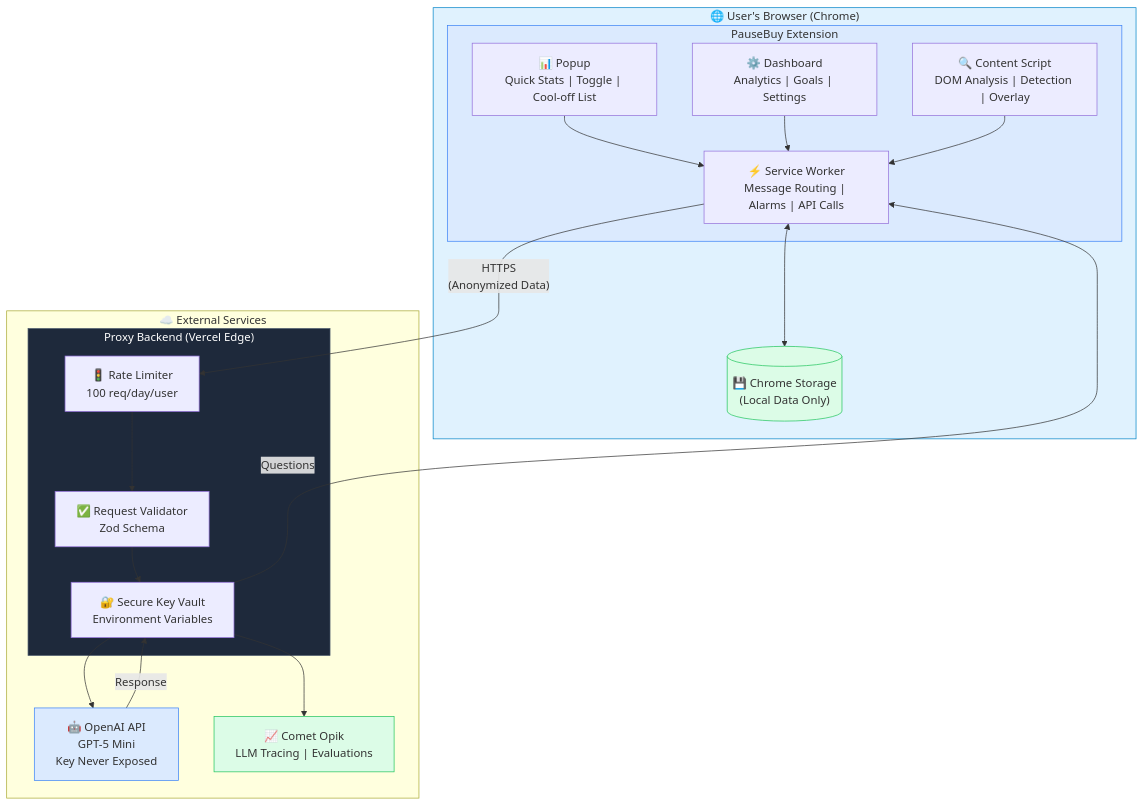
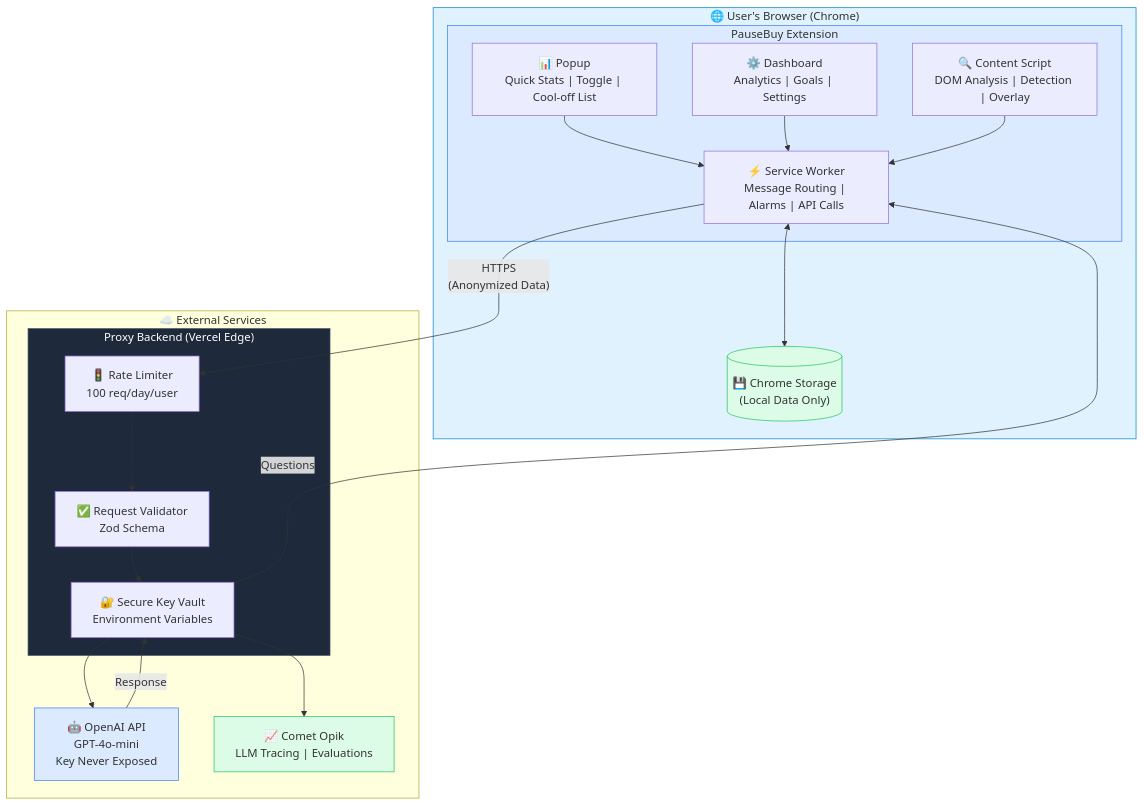
Before and after one commit to cnu/PauseBuy: the first of 12 diagrams in docs/PauseBuy_Technical_Architecture.md, drawn with Mermaid. The commit also changed other lines of this file and 3 other files, not shown here.

First line of the commit message:
chore: switch from GPT-5-mini to GPT-4o-mini

````diff
--- a/docs/PauseBuy_Technical_Architecture.md
+++ b/docs/PauseBuy_Technical_Architecture.md
@@ -62,46 +62,46 @@
 ```mermaid
 flowchart TB
     subgraph Browser["🌐 User's Browser (Chrome)"]
         subgraph Extension["PauseBuy Extension"]
             Popup["📊 Popup<br/>Quick Stats | Toggle | Cool-off List"]
             Dashboard["⚙️ Dashboard<br/>Analytics | Goals | Settings"]
             ContentScript["🔍 Content Script<br/>DOM Analysis | Detection | Overlay"]
             ServiceWorker["⚡ Service Worker<br/>Message Routing | Alarms | API Calls"]
             
             Popup --> ServiceWorker
             Dashboard --> ServiceWorker
             ContentScript --> ServiceWorker
         end
         
         ChromeStorage[("💾 Chrome Storage<br/>(Local Data Only)")]
         ServiceWorker <--> ChromeStorage
     end
     
     subgraph Cloud["☁️ External Services"]
         subgraph Proxy["Proxy Backend (Vercel Edge)"]
             RateLimiter["🚦 Rate Limiter<br/>100 req/day/user"]
             Validator["✅ Request Validator<br/>Zod Schema"]
             KeyVault["🔐 Secure Key Vault<br/>Environment Variables"]
             
             RateLimiter --> Validator
             Validator --> KeyVault
         end
         
-        OpenAI["🤖 OpenAI API<br/>GPT-5 Mini<br/>Key Never Exposed"]
+        OpenAI["🤖 OpenAI API<br/>GPT-4o-mini<br/>Key Never Exposed"]
         Opik["📈 Comet Opik<br/>LLM Tracing | Evaluations"]
         
         KeyVault --> OpenAI
         KeyVault --> Opik
     end
     
     ServiceWorker -->|"HTTPS<br/>(Anonymized Data)"| RateLimiter
     OpenAI -->|Response| KeyVault
     KeyVault -->|Questions| ServiceWorker
 
     style Browser fill:#e0f2fe,stroke:#0284c7
     style Extension fill:#dbeafe,stroke:#3b82f6
     style Proxy fill:#1e293b,stroke:#475569,color:#fff
     style ChromeStorage fill:#dcfce7,stroke:#22c55e
     style OpenAI fill:#dbeafe,stroke:#3b82f6
     style Opik fill:#dcfce7,stroke:#22c55e
 ```
````
